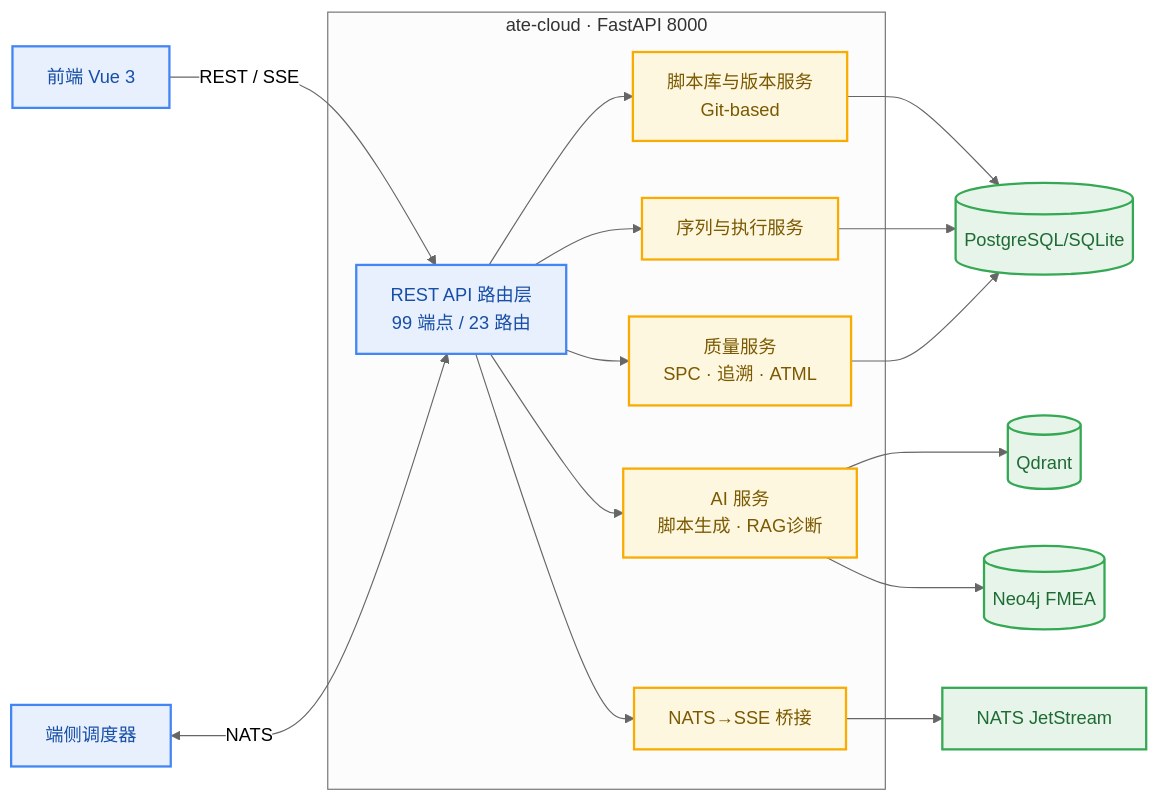
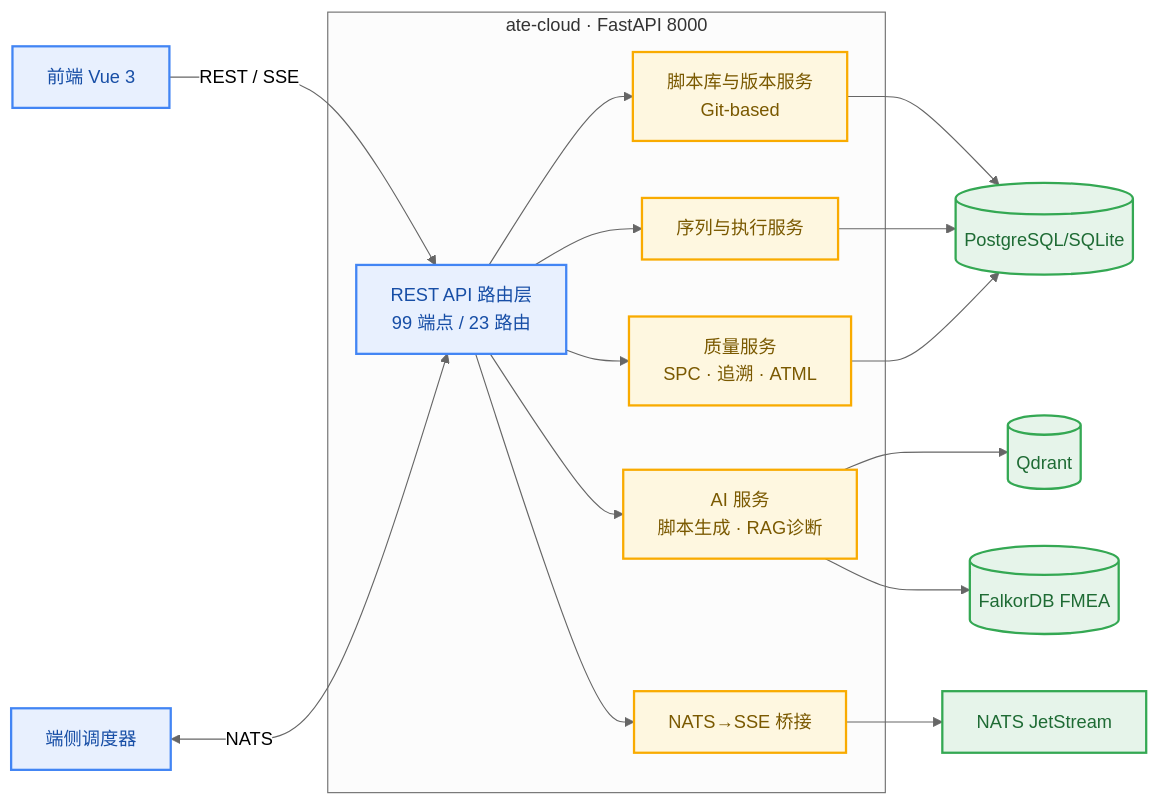
Before and after one commit to chenjun420/ATEStudio: diagram 12 of 14 in docs/ATE Studio系统方案与详细设计文档.md, drawn with Mermaid (neutral theme). The commit also changed other lines of this file and 206 other files, not shown here.

````diff
--- a/docs/ATE Studio系统方案与详细设计文档.md
+++ b/docs/ATE Studio系统方案与详细设计文档.md
@@ -3070,25 +3070,25 @@
 ```mermaid
 flowchart LR
     classDef api fill:#E8F0FE,stroke:#4285F4,stroke-width:2px,color:#174EA6
     classDef svc fill:#FEF7E0,stroke:#F9AB00,stroke-width:2px,color:#7A5900
     classDef store fill:#E6F4EA,stroke:#34A853,stroke-width:2px,color:#1E6B34
 
     FE[前端 Vue 3]:::api
     FE -->|REST / SSE| API
     EDGE[端侧调度器]:::api <-->|NATS| API
 
     subgraph CLOUD[ate-cloud · FastAPI 8000]
         API[REST API 路由层<br/>99 端点 / 23 路由]:::api
         SVC1[脚本库与版本服务<br/>Git-based]:::svc
         SVC2[序列与执行服务]:::svc
         SVC3[AI 服务<br/>脚本生成 · RAG诊断]:::svc
         SVC4[质量服务<br/>SPC · 追溯 · ATML]:::svc
         SSE[NATS→SSE 桥接]:::svc
         API --> SVC1 & SVC2 & SVC3 & SVC4 & SSE
     end
 
     SVC1 & SVC2 & SVC4 --> PG[(PostgreSQL/SQLite)]:::store
     SVC3 --> QD[(Qdrant)]:::store
-    SVC3 --> N4[(Neo4j FMEA)]:::store
+    SVC3 --> N4[(FalkorDB FMEA)]:::store
     SSE --> NT[NATS JetStream]:::store
 ```
````
